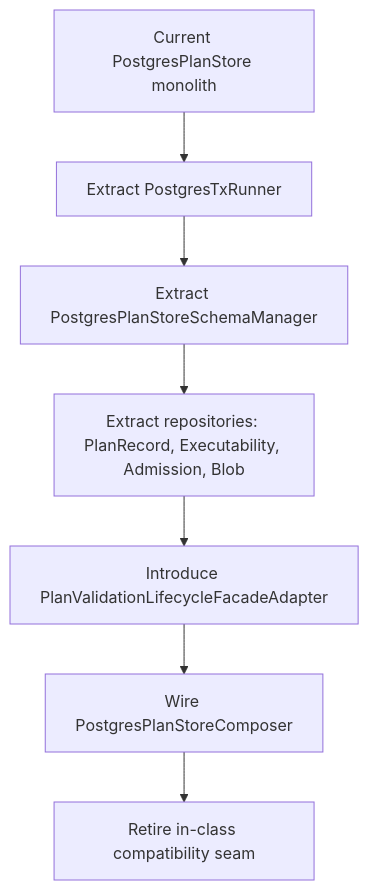
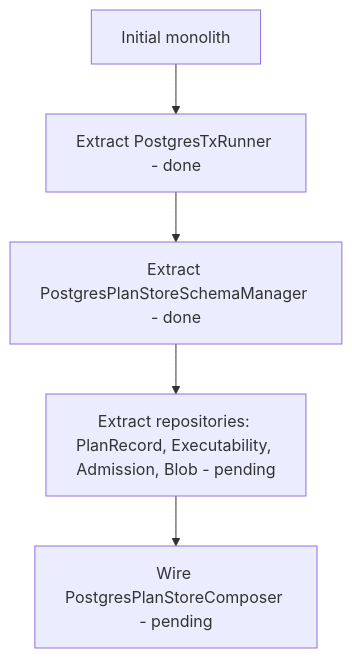
One commit to dunay2/dvt changed the third of 3 diagrams in docs/guides/postgres-plan-store-technical-manual-20260403.md. Above: the diagram before and after it, drawn with Mermaid. The commit also changed other lines of this file and 5 other files, not shown here.

Commit message:
refactor(adapters): Extract tx and schema manager for Postgres plan store

````diff
--- a/docs/guides/postgres-plan-store-technical-manual-20260403.md
+++ b/docs/guides/postgres-plan-store-technical-manual-20260403.md
@@ -167,12 +174,10 @@
 ```mermaid
 flowchart TD
-  A[Current PostgresPlanStore monolith]
-  B[Extract PostgresTxRunner]
-  C[Extract PostgresPlanStoreSchemaManager]
-  D[Extract repositories: PlanRecord, Executability, Admission, Blob]
-  E[Introduce PlanValidationLifecycleFacadeAdapter]
-  F[Wire PostgresPlanStoreComposer]
-  G[Retire in-class compatibility seam]
+  A[Initial monolith]
+  B[Extract PostgresTxRunner - done]
+  C[Extract PostgresPlanStoreSchemaManager - done]
+  D[Extract repositories: PlanRecord, Executability, Admission, Blob - pending]
+  E[Wire PostgresPlanStoreComposer - pending]
 
-  A --> B --> C --> D --> E --> F --> G
+  A --> B --> C --> D --> E
 ```
````
